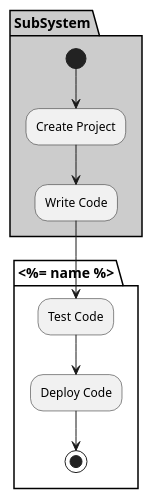
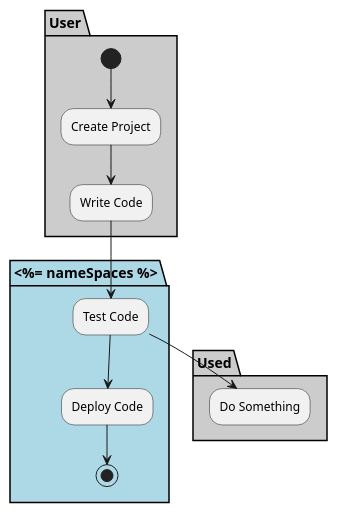
Before and after one commit to madajaju/bouquet: the diagram in bouquet-SubSystem/templates/Process.puml, drawn with PlantUML. The commit also changed 36 other files, not shown here.

```diff
--- a/bouquet-SubSystem/templates/Process.puml
+++ b/bouquet-SubSystem/templates/Process.puml
@@ -1,18 +1,22 @@
 @startuml
 
-partition "<%= name %>" {
+partition "<%= nameSpaces %>" {
 
 }
 
-partition SubSystem  #cccccc {
+partition User  #cccccc {
   (*) --> "Create Project"
   --> "Write Code"
 }
 
-partition "<%= name %>" {
+partition "<%= nameSpaces %>" #lightblue {
   "Write Code" --> "Test Code"
   "Test Code" --> "Deploy Code"
   "Deploy Code" --> (*)
 }
 
+partition Used #cccccc {
+  "Test Code" --> "Do Something"
+}
+
 @enduml
```
